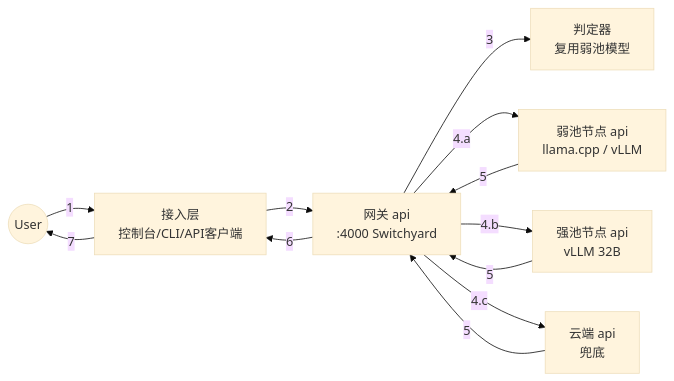
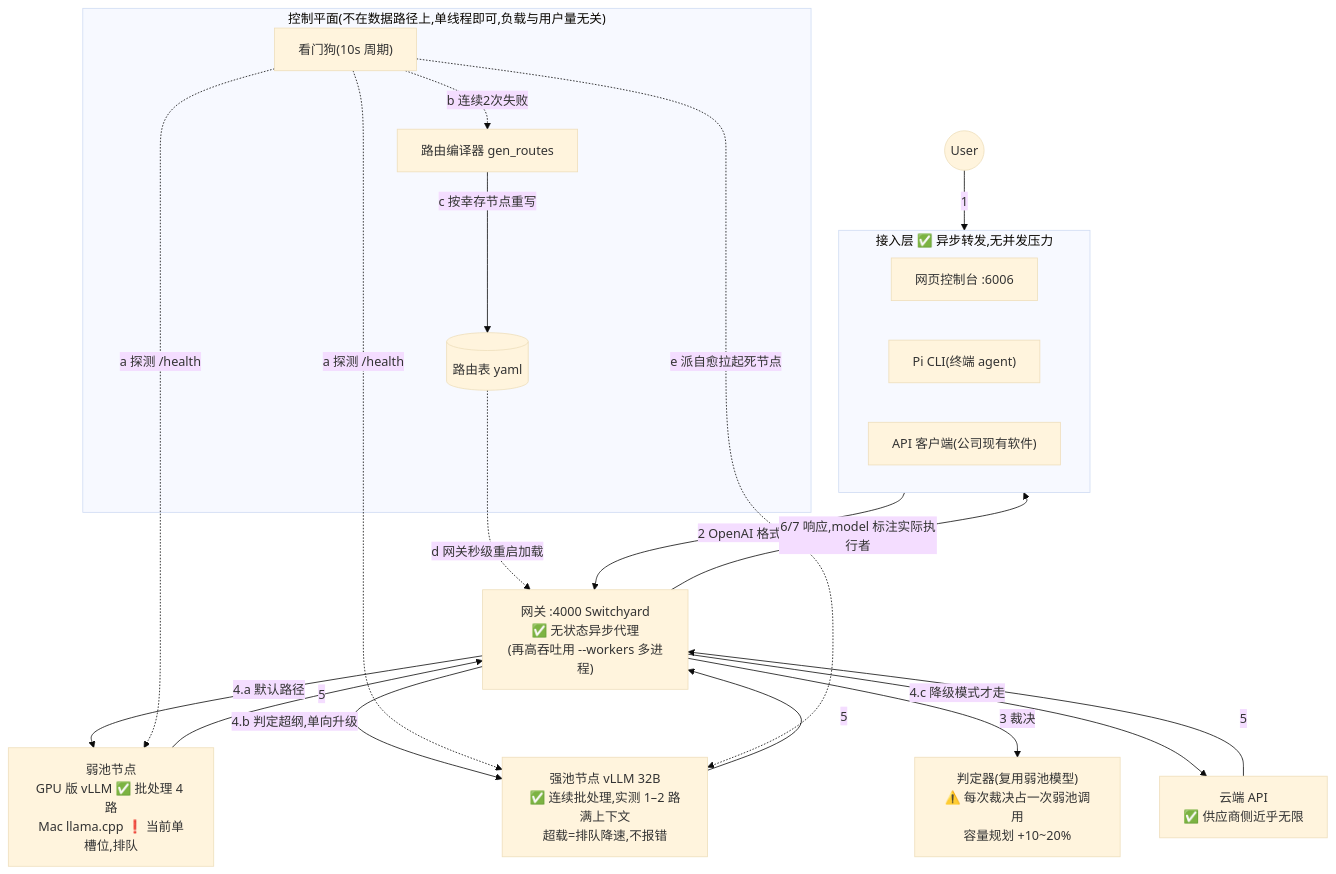
One commit to murphyren225/local_infer changed the diagram in docs/design.md. Above: the diagram before and after it, drawn with Mermaid (base theme). The commit also changed other lines of this file, not shown here.

Commit message:
docs(design): 总图合一——数据面(实线1-7)+控制面(虚线a-e)一张图; 接入层明确画出 Pi/控制台/API 三入口;逐节点标注并发支持(✅⚠️❗); 新增两平面连接关系说明(同批节点/路由表耦合/互不阻塞)

````diff
--- a/docs/design.md
+++ b/docs/design.md
@@ -27,13 +29,30 @@
 ```mermaid
-flowchart LR
-    U((User)) -- 1 --> A[接入层<br/>控制台/CLI/API客户端]
-    A -- 2 --> G[网关 api<br/>:4000 Switchyard]
-    G -- 3 --> J[判定器<br/>复用弱池模型]
-    G -- 4.a --> W[弱池节点 api<br/>llama.cpp / vLLM]
-    G -- 4.b --> S[强池节点 api<br/>vLLM 32B]
-    G -- 4.c --> C[云端 api<br/>兜底]
-    W -- 5 --> G
-    S -- 5 --> G
-    C -- 5 --> G
-    G -- 6 --> A -- 7 --> U
+flowchart TB
+    U((User)) -- 1 --> ACCESS
+    subgraph ACCESS["接入层 ✅ 异步转发,无并发压力"]
+        W1["网页控制台 :6006"]
+        W2["Pi CLI(终端 agent)"]
+        W3["API 客户端(公司现有软件)"]
+    end
+    ACCESS -- "2 OpenAI 格式" --> G["网关 :4000 Switchyard<br/>✅ 无状态异步代理<br/>(再高吞吐用 --workers 多进程)"]
+    G -- "3 裁决" --> J["判定器(复用弱池模型)<br/>⚠️ 每次裁决占一次弱池调用<br/>容量规划 +10~20%"]
+    G -- "4.a 默认路径" --> WP["弱池节点<br/>GPU 版 vLLM ✅ 批处理 4 路<br/>Mac llama.cpp ❗ 当前单槽位,排队"]
+    G -- "4.b 判定超纲,单向升级" --> SP["强池节点 vLLM 32B<br/>✅ 连续批处理,实测 1–2 路满上下文<br/>超载=排队降速,不报错"]
+    G -- "4.c 降级模式才走" --> CL["云端 API<br/>✅ 供应商侧近乎无限"]
+    WP -- 5 --> G
+    SP -- 5 --> G
+    CL -- 5 --> G
+    G -- "6/7 响应,model 标注实际执行者" --> ACCESS
+
+    subgraph CTRL["控制平面(不在数据路径上,单线程即可,负载与用户量无关)"]
+        WD["看门狗(10s 周期)"]
+        GR["路由编译器 gen_routes"]
+        RT[("路由表 yaml")]
+    end
+    WD -. "a 探测 /health" .-> WP
+    WD -. "a 探测 /health" .-> SP
+    WD -. "b 连续2次失败" .-> GR
+    GR -- "c 按幸存节点重写" --> RT
+    RT -. "d 网关秒级重启加载" .-> G
+    WD -. "e 派自愈拉起死节点" .-> SP
 ```
````
